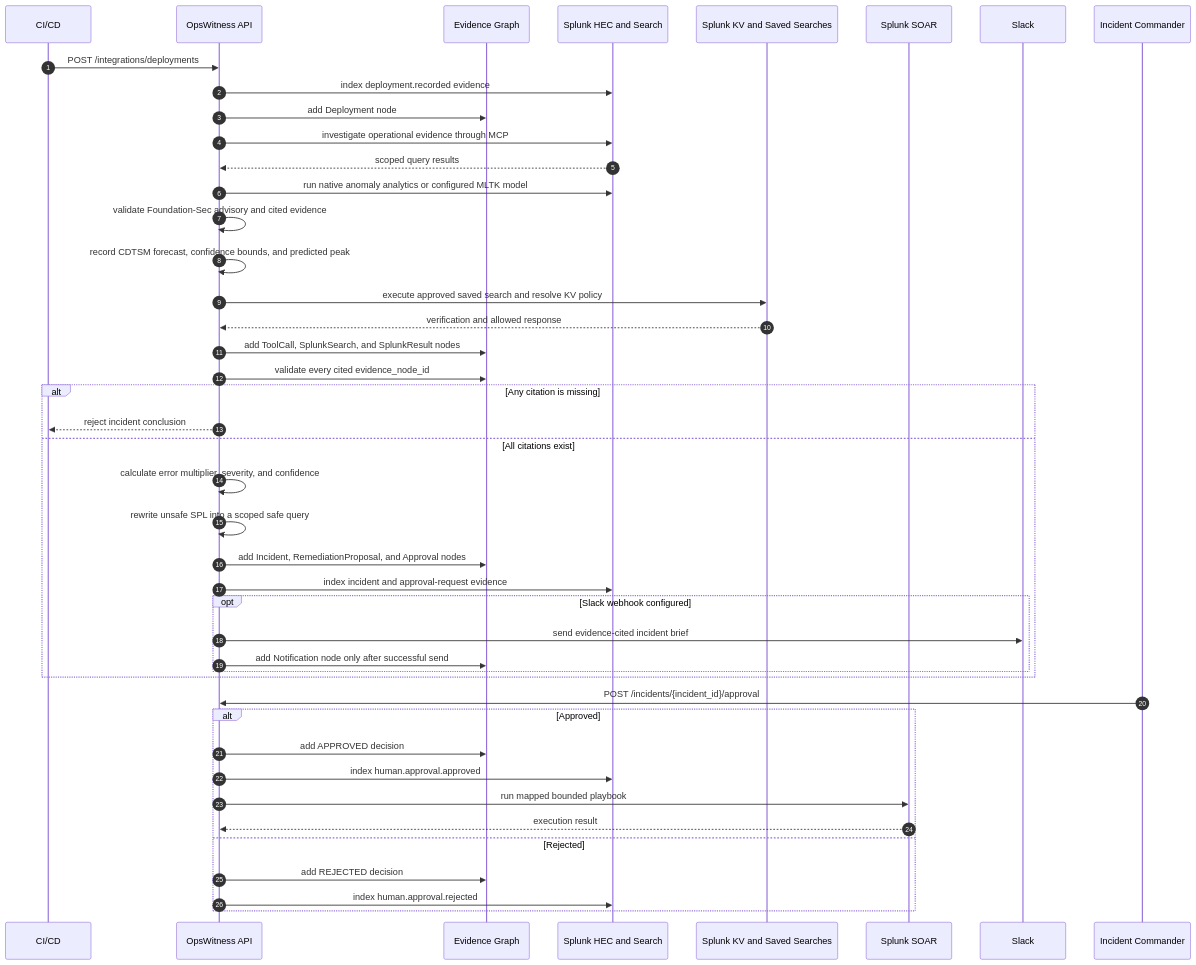
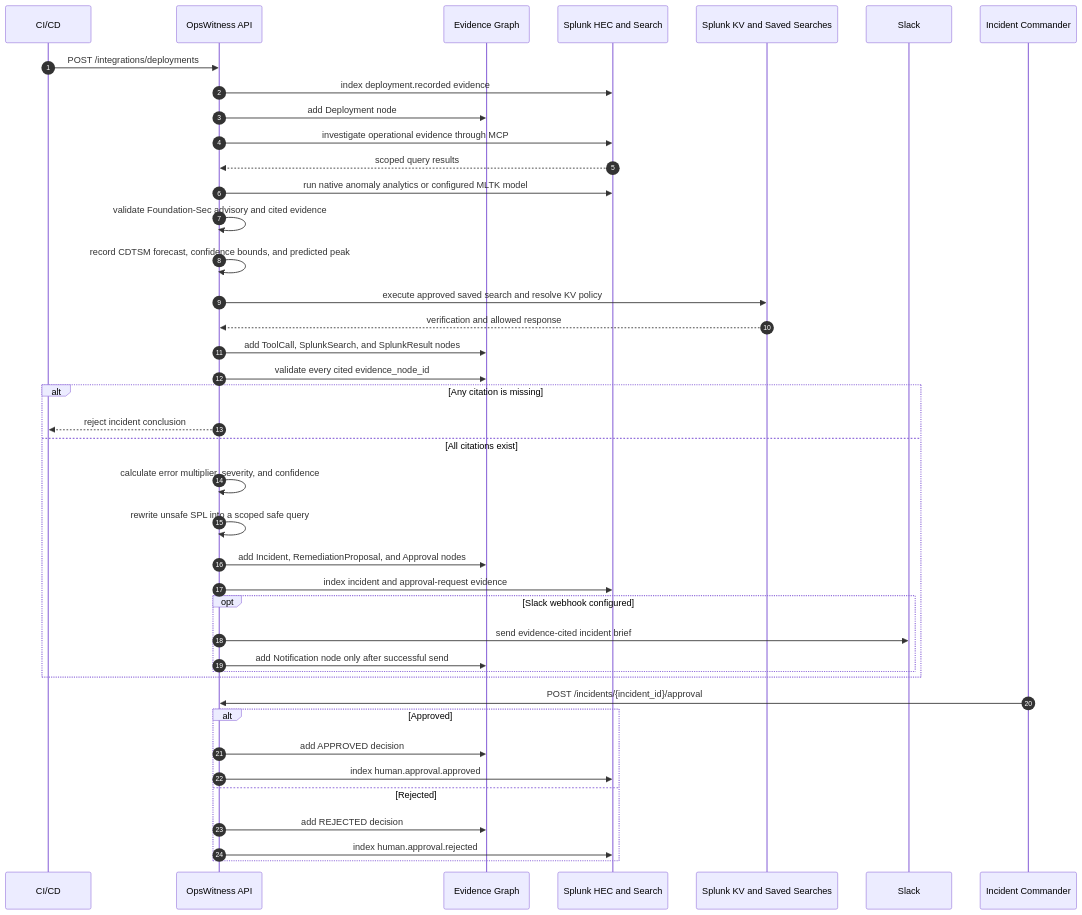
The sixth of 7 diagrams in architecture_diagram.md (N-45div/OpsWitness), drawn with Mermaid before and after one commit. The commit also changed other lines of this file and 1 other file, not shown here.

Commit message:
docs: remove unconfigured SOAR claims

````diff
--- a/architecture_diagram.md
+++ b/architecture_diagram.md
@@ -233,50 +229,47 @@
 ```mermaid
 sequenceDiagram
   autonumber
   participant CICD as CI/CD
   participant API as OpsWitness API
   participant Graph as Evidence Graph
   participant Splunk as Splunk HEC and Search
   participant Policy as Splunk KV and Saved Searches
-  participant SOAR as Splunk SOAR
   participant Slack as Slack
   participant Human as Incident Commander
 
   CICD->>API: POST /integrations/deployments
   API->>Splunk: index deployment.recorded evidence
   API->>Graph: add Deployment node
 
   API->>Splunk: investigate operational evidence through MCP
   Splunk-->>API: scoped query results
   API->>Splunk: run native anomaly analytics or configured MLTK model
   API->>API: validate Foundation-Sec advisory and cited evidence
   API->>API: record CDTSM forecast, confidence bounds, and predicted peak
   API->>Policy: execute approved saved search and resolve KV policy
   Policy-->>API: verification and allowed response
   API->>Graph: add ToolCall, SplunkSearch, and SplunkResult nodes
 
   API->>Graph: validate every cited evidence_node_id
   alt Any citation is missing
     API-->>CICD: reject incident conclusion
   else All citations exist
     API->>API: calculate error multiplier, severity, and confidence
     API->>API: rewrite unsafe SPL into a scoped safe query
     API->>Graph: add Incident, RemediationProposal, and Approval nodes
     API->>Splunk: index incident and approval-request evidence
     opt Slack webhook configured
       API->>Slack: send evidence-cited incident brief
       API->>Graph: add Notification node only after successful send
     end
   end
 
   Human->>API: POST /incidents/{incident_id}/approval
   alt Approved
     API->>Graph: add APPROVED decision
     API->>Splunk: index human.approval.approved
-    API->>SOAR: run mapped bounded playbook
-    SOAR-->>API: execution result
   else Rejected
     API->>Graph: add REJECTED decision
     API->>Splunk: index human.approval.rejected
   end
 ```
````
